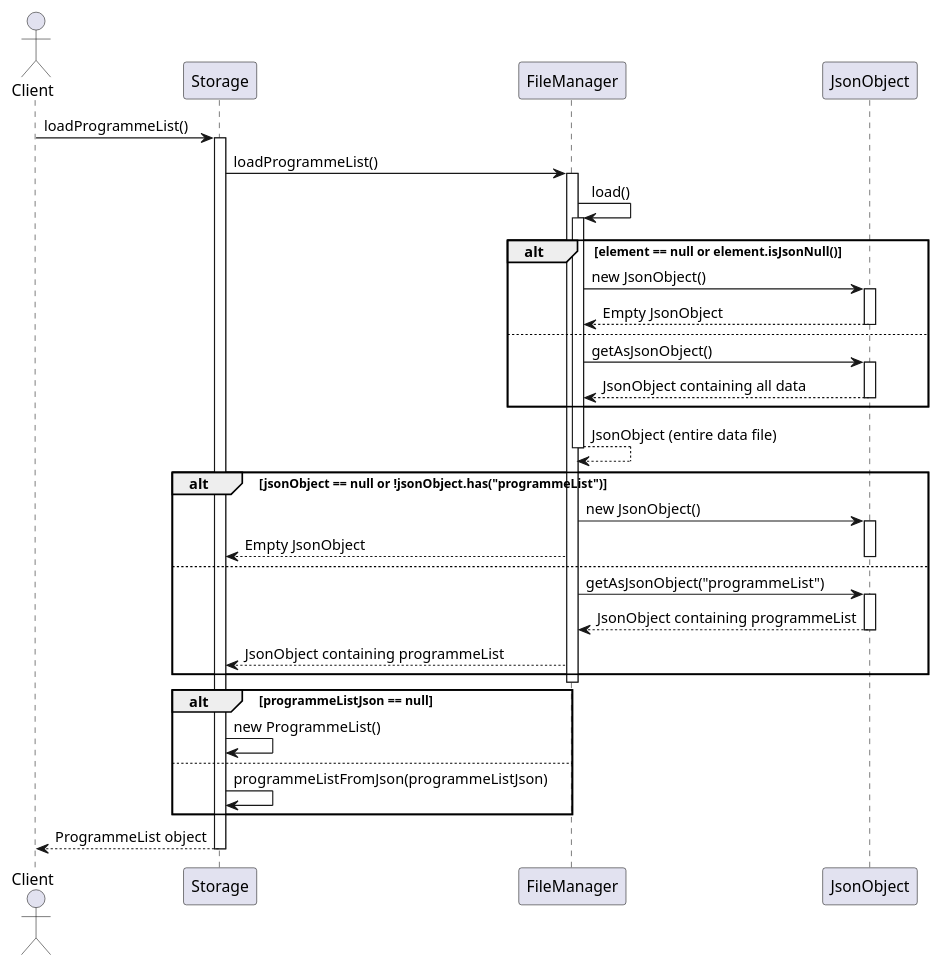
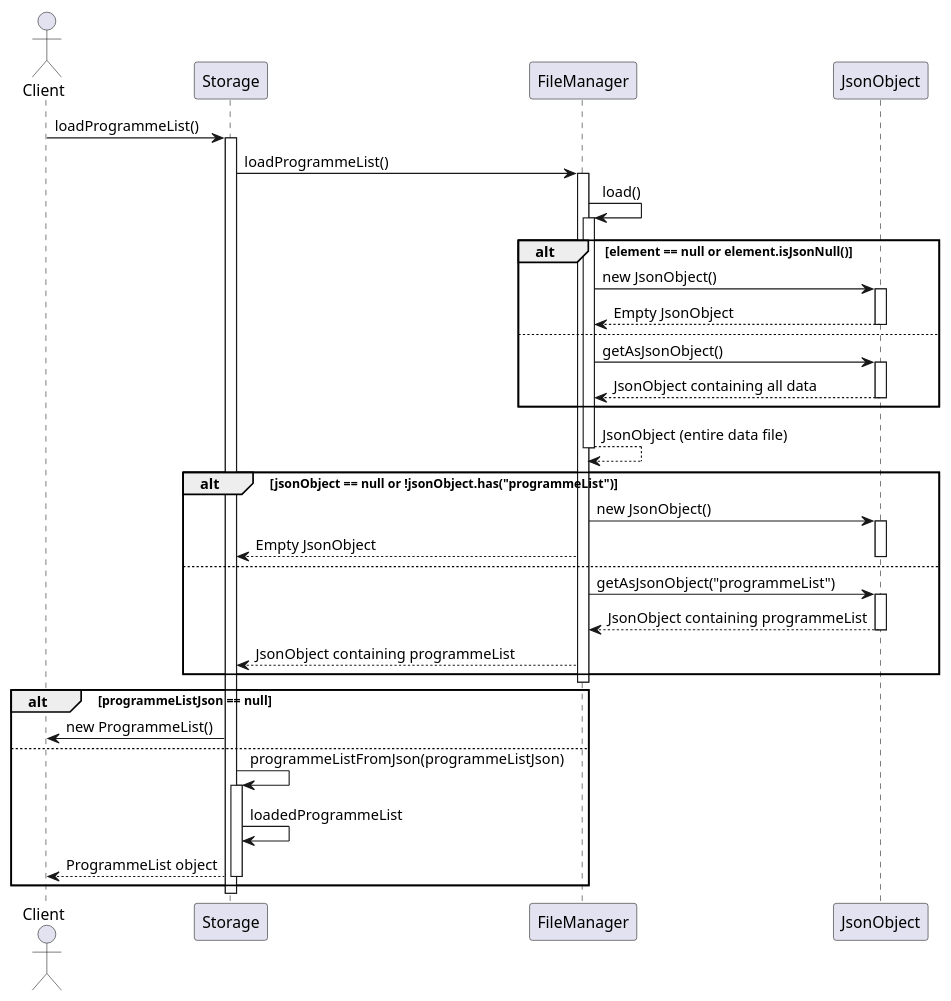
The diagram in docs/diagrams/loadProgrammeListSeqenceDiagram.puml (nus-cs2113-AY2425S1/tp), drawn with PlantUML before and after one commit. The commit also changed other lines of this file and 2 other files, not shown here.

Commit message:
Upload loadProgrammeListSeqenceDiagram image

```diff
--- a/docs/diagrams/loadProgrammeListSeqenceDiagram.puml
+++ b/docs/diagrams/loadProgrammeListSeqenceDiagram.puml
@@ -1,51 +1,53 @@
 @startuml
 
 actor Client
 
 Client -> Storage : loadProgrammeList()
 activate Storage
 
 Storage -> FileManager : loadProgrammeList()
 activate FileManager
 
 FileManager -> FileManager : load()
 activate FileManager
 alt element == null or element.isJsonNull()
     FileManager -> JsonObject : new JsonObject()
     activate JsonObject
     JsonObject --> FileManager : Empty JsonObject
     deactivate JsonObject
 else
     FileManager -> JsonObject : getAsJsonObject()
     activate JsonObject
     JsonObject --> FileManager : JsonObject containing all data
     deactivate JsonObject
 end
 
 FileManager --> FileManager : JsonObject (entire data file)
 deactivate FileManager
 
 alt jsonObject == null or !jsonObject.has("programmeList")
     FileManager -> JsonObject : new JsonObject()
     activate JsonObject
     FileManager --> Storage : Empty JsonObject
     deactivate JsonObject
 else
     FileManager -> JsonObject : getAsJsonObject("programmeList")
     activate JsonObject
     JsonObject --> FileManager : JsonObject containing programmeList
     deactivate JsonObject
     FileManager --> Storage : JsonObject containing programmeList
 end
 deactivate FileManager
 
 alt programmeListJson == null
-    Storage -> Storage : new ProgrammeList()
+    Storage -> Client : new ProgrammeList()
 else
     Storage -> Storage : programmeListFromJson(programmeListJson)
+    activate Storage
+    Storage -> Storage : loadedProgrammeList
+    Storage --> Client : ProgrammeList object
+    deactivate Storage
 end
-
-Storage --> Client : ProgrammeList object
 deactivate Storage
 
 @enduml
```
